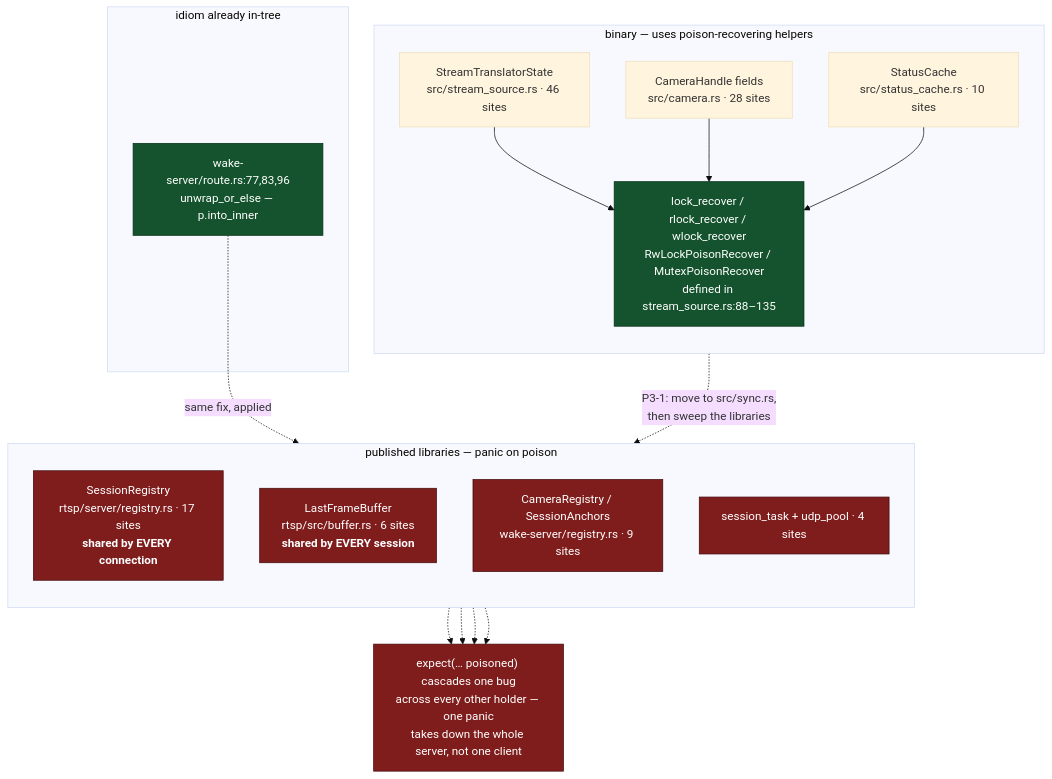
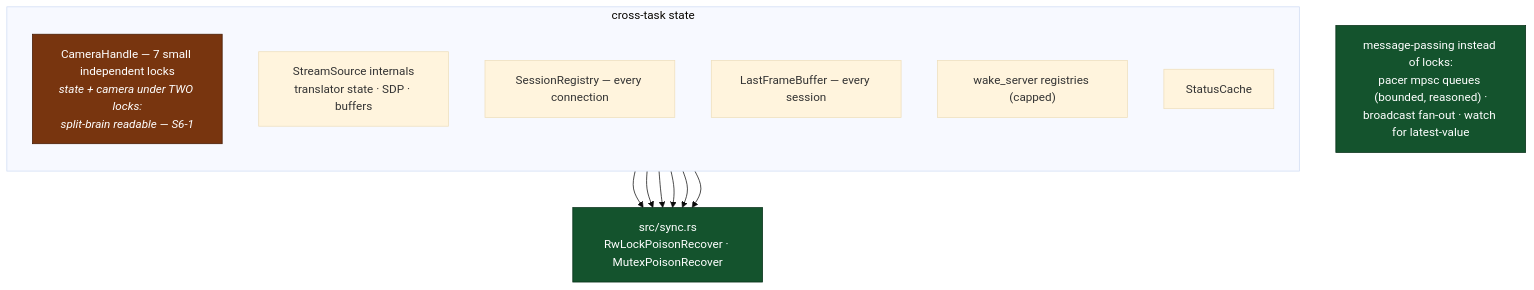
Diagram 14 of 14 in docs/code-paths.md (hsoj/bairelay), drawn with Mermaid (base theme) before and after one commit. The commit also changed other lines of this file and 7 other files, not shown here.

````diff
--- a/docs/code-paths.md
+++ b/docs/code-paths.md
@@ -683,41 +527,28 @@
 ```mermaid
 graph TD
-    subgraph BINSTATE ["binary — uses poison-recovering helpers"]
+    SYNC["src/sync.rs<br/>RwLockPoisonRecover · MutexPoisonRecover"]
+
+    subgraph STATE ["cross-task state"]
         direction TB
-        B1["StreamTranslatorState<br/>src/stream_source.rs · 46 sites"]
-        B2["CameraHandle fields<br/>src/camera.rs · 28 sites"]
-        B3["StatusCache<br/>src/status_cache.rs · 10 sites"]
-        HELP["lock_recover / rlock_recover / wlock_recover<br/>RwLockPoisonRecover / MutexPoisonRecover<br/>defined in stream_source.rs:88–135"]
-
-        B1 --> HELP
-        B2 --> HELP
-        B3 --> HELP
+        S1["CameraHandle — 7 small independent locks<br/><i>state + camera under TWO locks:<br/>split-brain readable — S6-1</i>"]
+        S2["StreamSource internals<br/>translator state · SDP · buffers"]
+        S3["SessionRegistry — every connection"]
+        S4["LastFrameBuffer — every session"]
+        S5["wake_server registries (capped)"]
+        S6["StatusCache"]
     end
 
-    subgraph LIBSTATE ["published libraries — panic on poison"]
-        direction TB
-        L1["SessionRegistry<br/>rtsp/server/registry.rs · 17 sites<br/><b>shared by EVERY connection</b>"]
-        L2["LastFrameBuffer<br/>rtsp/src/buffer.rs · 6 sites<br/><b>shared by EVERY session</b>"]
-        L3["CameraRegistry / SessionAnchors<br/>wake-server/registry.rs · 9 sites"]
-        L4["session_task + udp_pool · 4 sites"]
-    end
+    S1 --> SYNC
+    S2 --> SYNC
+    S3 --> SYNC
+    S4 --> SYNC
+    S5 --> SYNC
+    S6 --> SYNC
 
-    subgraph OKG ["idiom already in-tree"]
-        O1["wake-server/route.rs:77,83,96<br/>unwrap_or_else — p.into_inner"]
-    end
-
-    NOTE["expect(… poisoned) cascades one bug<br/>across every other holder — one panic<br/>takes down the whole server, not one client"]
-
-    L1 -.-> NOTE
-    L2 -.-> NOTE
-    L3 -.-> NOTE
-    L4 -.-> NOTE
-
-    O1 -.->|"same fix, applied"| L3
-    HELP -.->|"P3-1: move to src/sync.rs,<br/>then sweep the libraries"| L1
+    ACT["message-passing instead of locks:<br/>pacer mpsc queues (bounded, reasoned) ·<br/>broadcast fan-out · watch for latest-value"]
 
     classDef good fill:#14532d,stroke:#052e16,color:#fff
-    classDef bad fill:#7f1d1d,stroke:#450a0a,color:#fff
-    class HELP,O1 good
-    class L1,L2,L3,L4,NOTE bad
+    classDef warn fill:#78350f,stroke:#451a03,color:#fff
+    class SYNC,ACT good
+    class S1 warn
 ```
````
